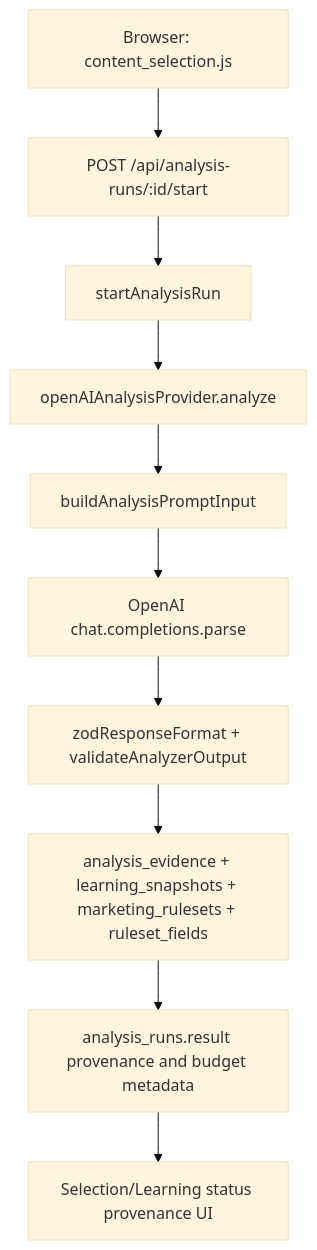
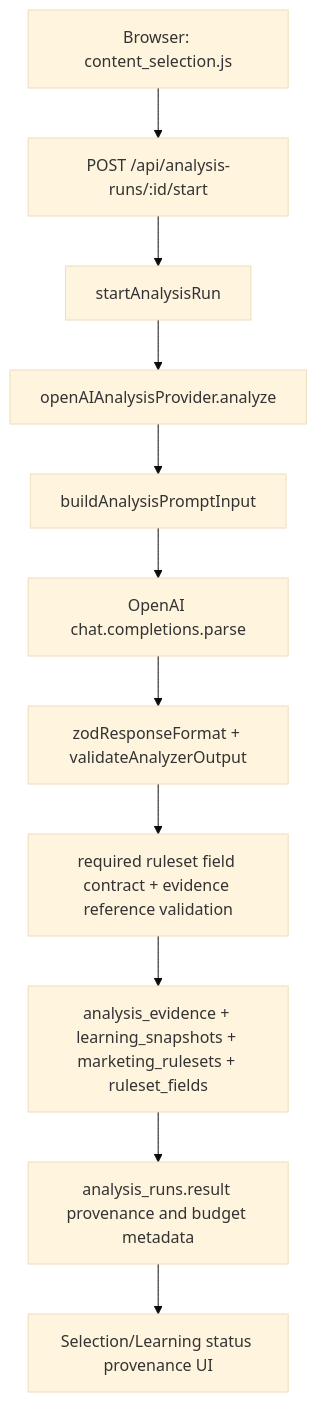
Before and after one commit to funkyliferyu/bizp-poc: the first of 8 diagrams in docs/codex/LLM_CALL_STRUCTURES.md, drawn with Mermaid (base theme). The commit also changed other lines of this file and 7 other files, not shown here.

Commit message:
feat: harden sl-a1 ruleset field contract

````diff
--- a/docs/codex/LLM_CALL_STRUCTURES.md
+++ b/docs/codex/LLM_CALL_STRUCTURES.md
@@ -59,12 +59,13 @@
 ```mermaid
 flowchart TD
   Browser[Browser: content_selection.js] --> API[POST /api/analysis-runs/:id/start]
   API --> Service[startAnalysisRun]
   Service --> Provider[openAIAnalysisProvider.analyze]
   Provider --> Budget[buildAnalysisPromptInput]
   Budget --> OpenAI[OpenAI chat.completions.parse]
   OpenAI --> Zod[zodResponseFormat + validateAnalyzerOutput]
-  Zod --> Persist[analysis_evidence + learning_snapshots + marketing_rulesets + ruleset_fields]
+  Zod --> Contract[required ruleset field contract + evidence reference validation]
+  Contract --> Persist[analysis_evidence + learning_snapshots + marketing_rulesets + ruleset_fields]
   Persist --> RunResult[analysis_runs.result provenance and budget metadata]
   RunResult --> UI[Selection/Learning status provenance UI]
 ```
````
